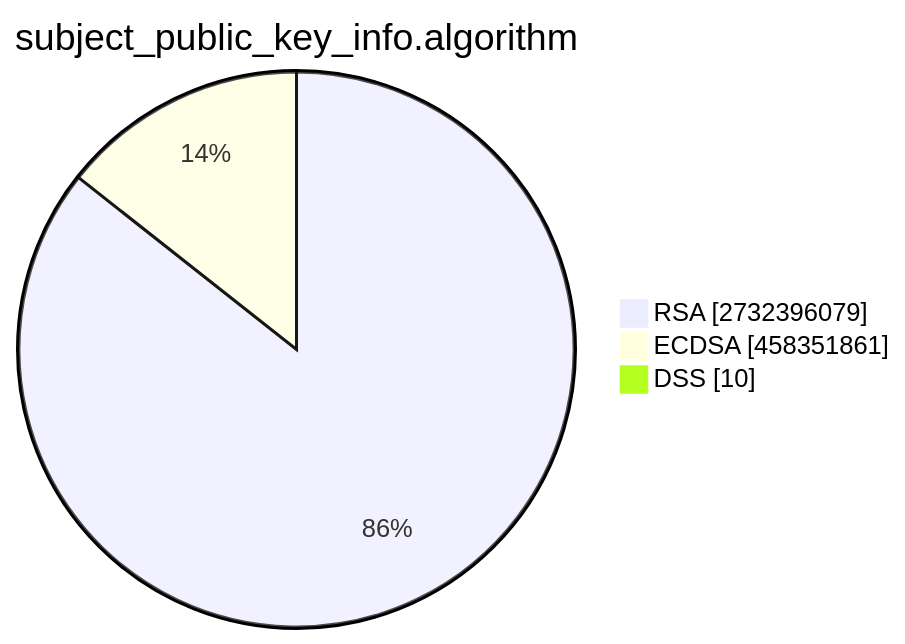
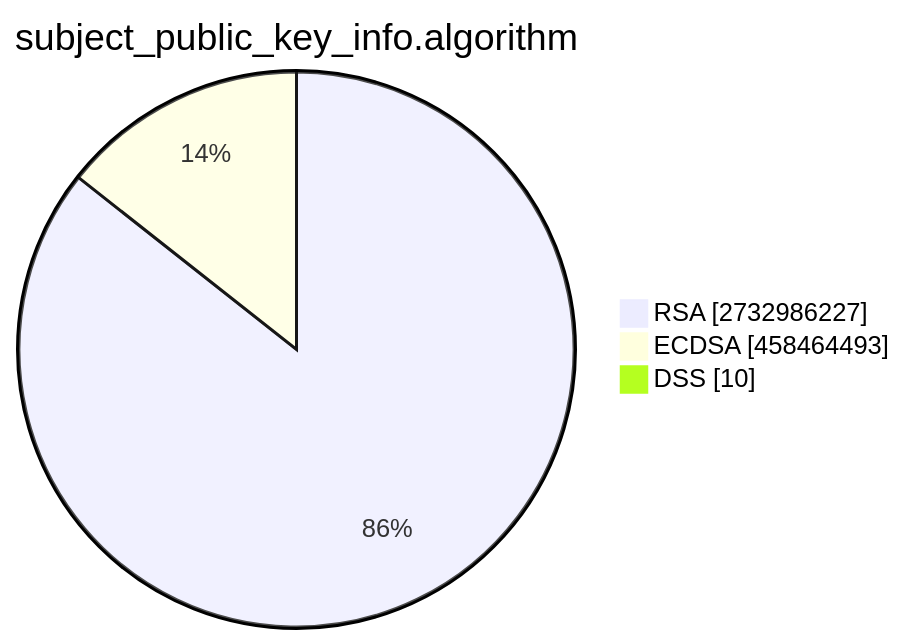
Before and after one commit to christiankrug/ctmonitor_visualization: the second of 15 diagrams in TOTAL/README.md, drawn with Mermaid. The commit also changed other lines of this file, not shown here.

````diff
--- a/TOTAL/README.md
+++ b/TOTAL/README.md
@@ -6,7 +6,7 @@
 ```mermaid
 pie showData
 title subject_public_key_info.algorithm
-"RSA" :2732396079
-"ECDSA" :458351861
+"RSA" :2732986227
+"ECDSA" :458464493
 "DSS" :10
 ```
````
